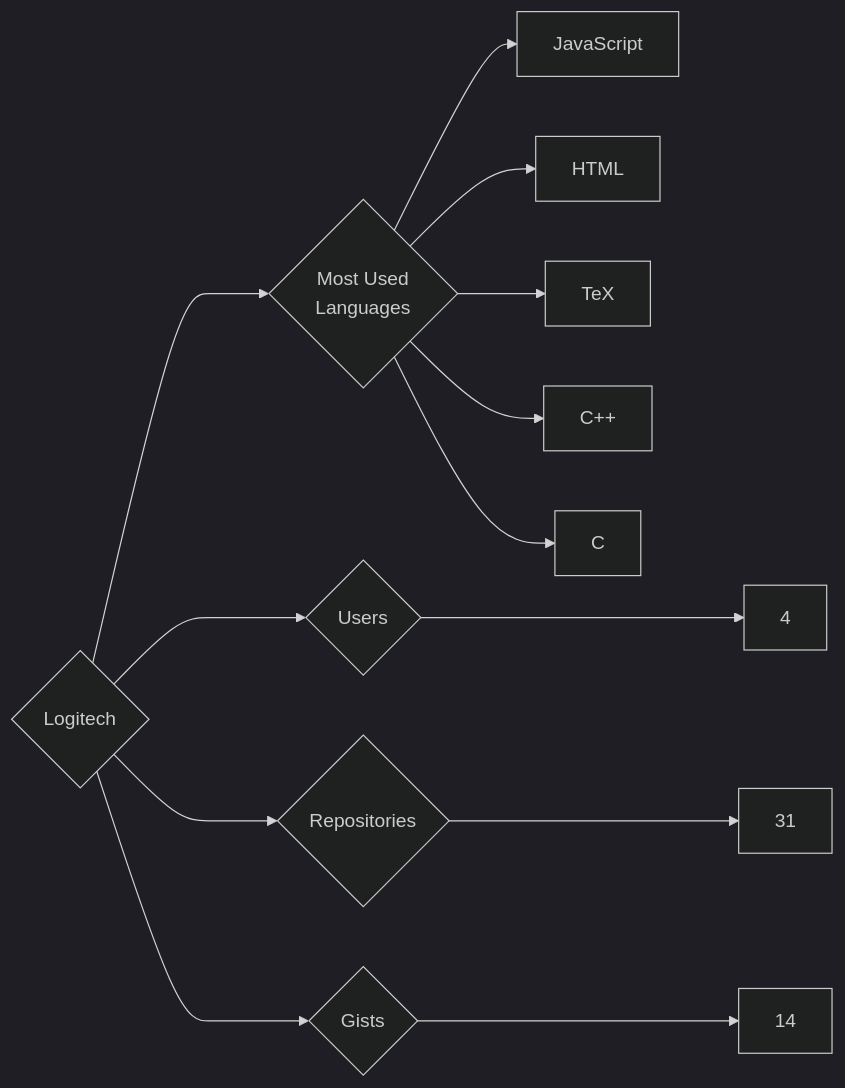
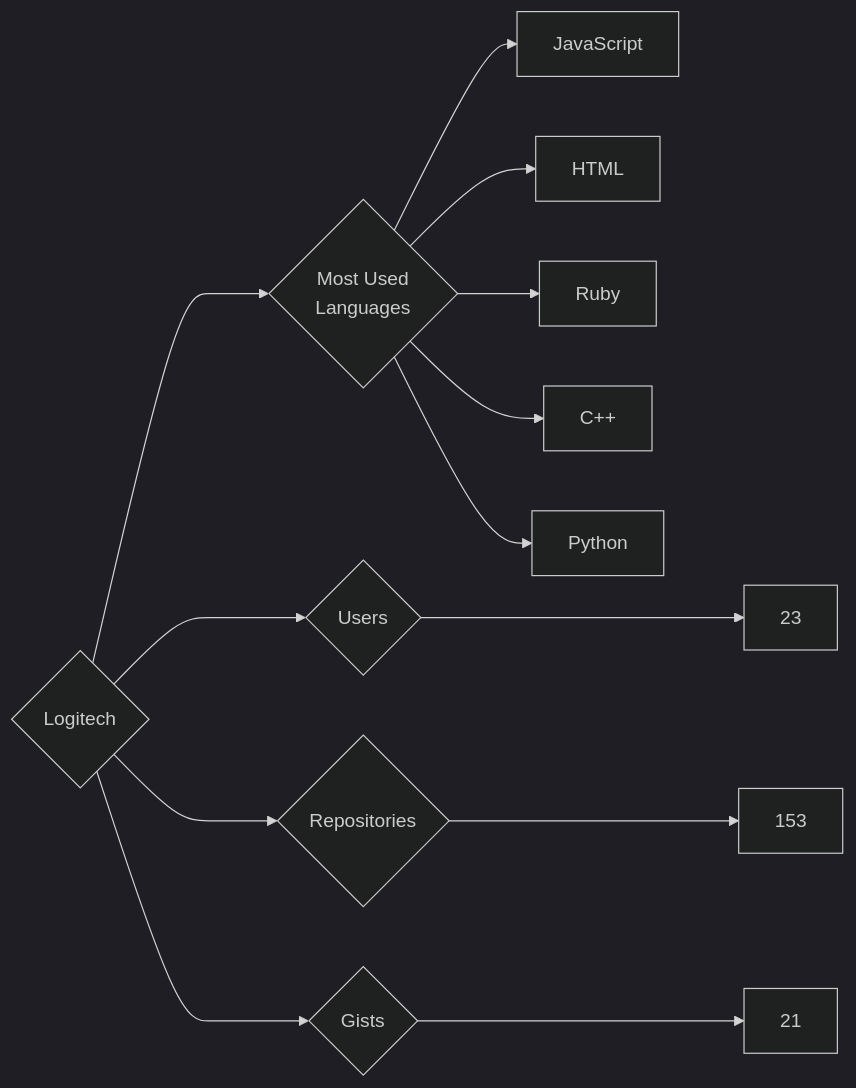
The diagram in targets/Logitech/README.md (trickest/insiders), drawn with Mermaid (dark theme) before and after one commit. The commit also changed 787 other files, not shown here.

````diff
--- a/targets/Logitech/README.md
+++ b/targets/Logitech/README.md
@@ -3,13 +3,13 @@
 ```mermaid
 graph LR
 COMPANY_NAME{Logitech}
-COMPANY_NAME ---> U{Users} ---> UN[4]
-COMPANY_NAME ---> R{Repositories} ---> RN[31]
-COMPANY_NAME ---> G{Gists} ---> GN[14]
+COMPANY_NAME ---> U{Users} ---> UN[23]
+COMPANY_NAME ---> R{Repositories} ---> RN[153]
+COMPANY_NAME ---> G{Gists} ---> GN[21]
 COMPANY_NAME ---> ML{Most Used<br>Languages}
 ML --> JavaScript[JavaScript]
 ML --> HTML[HTML]
-ML --> TeX[TeX]
+ML --> Ruby[Ruby]
 ML --> C++[C++]
-ML --> C[C]
+ML --> Python[Python]
 ```
````
